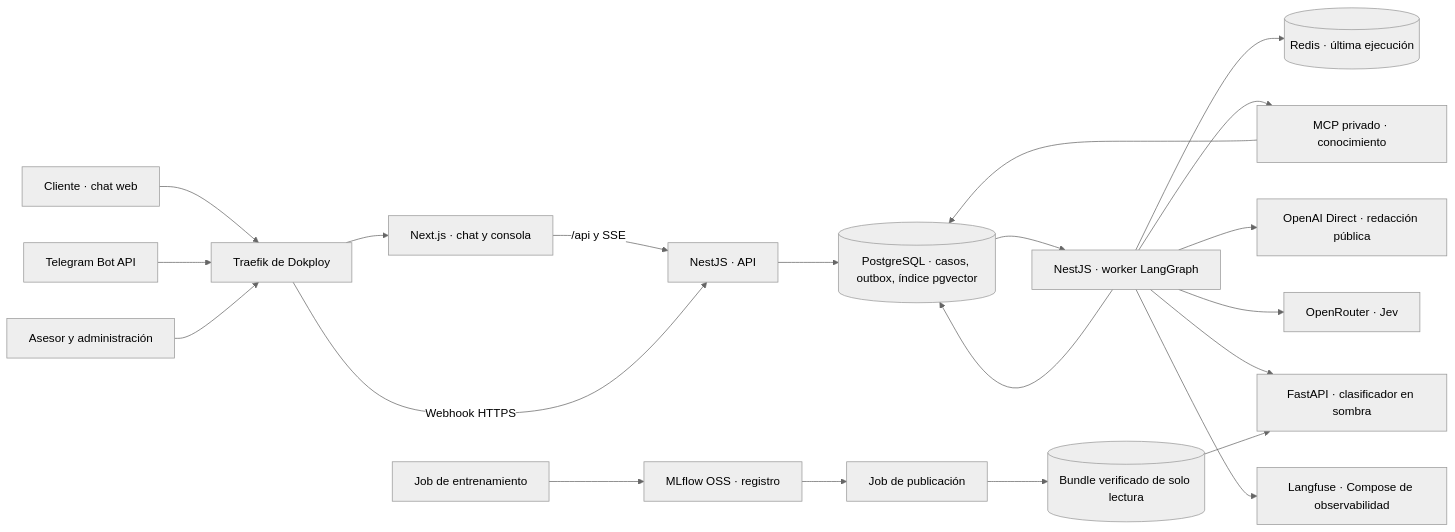
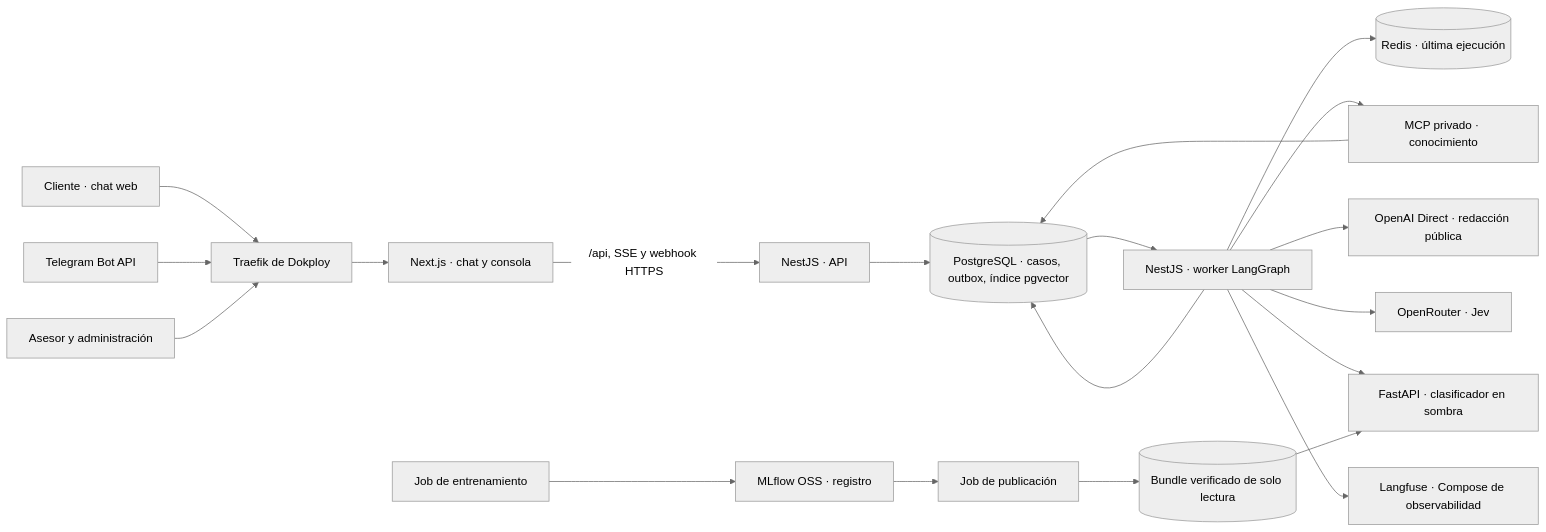
Before and after one commit to williamvp10/claro-copilot: the first of 2 diagrams in docs/02-arquitectura-docker.md, drawn with Mermaid (neutral theme). The commit also changed other lines of this file, not shown here.

````diff
--- a/docs/02-arquitectura-docker.md
+++ b/docs/02-arquitectura-docker.md
@@ -9,23 +9,22 @@
 ```mermaid
 flowchart LR
   C["Cliente · chat web"] --> Edge["Traefik de Dokploy"]
   T["Telegram Bot API"] --> Edge
   A["Asesor y administración"] --> Edge
   Edge --> Web["Next.js · chat y consola"]
-  Web -->|"/api y SSE"| API["NestJS · API"]
-  Edge -->|"Webhook HTTPS"| API
+  Web -->|"/api, SSE y webhook HTTPS"| API["NestJS · API"]
   API --> PG[("PostgreSQL · casos, outbox, índice pgvector")]
   PG --> Worker["NestJS · worker LangGraph"]
   Worker --> PG
   Worker --> Redis[("Redis · última ejecución")]
   Worker --> MCP["MCP privado · conocimiento"]
   MCP --> PG
   Worker --> OpenAI["OpenAI Direct · redacción pública"]
   Worker --> Jev["OpenRouter · Jev"]
   Worker --> ML["FastAPI · clasificador en sombra"]
   Worker --> LF["Langfuse · Compose de observabilidad"]
   Train["Job de entrenamiento"] --> Reg["MLflow OSS · registro"]
   Reg --> Release["Job de publicación"]
   Release --> Bundle[("Bundle verificado de solo lectura")]
   Bundle --> ML
 ```
````
